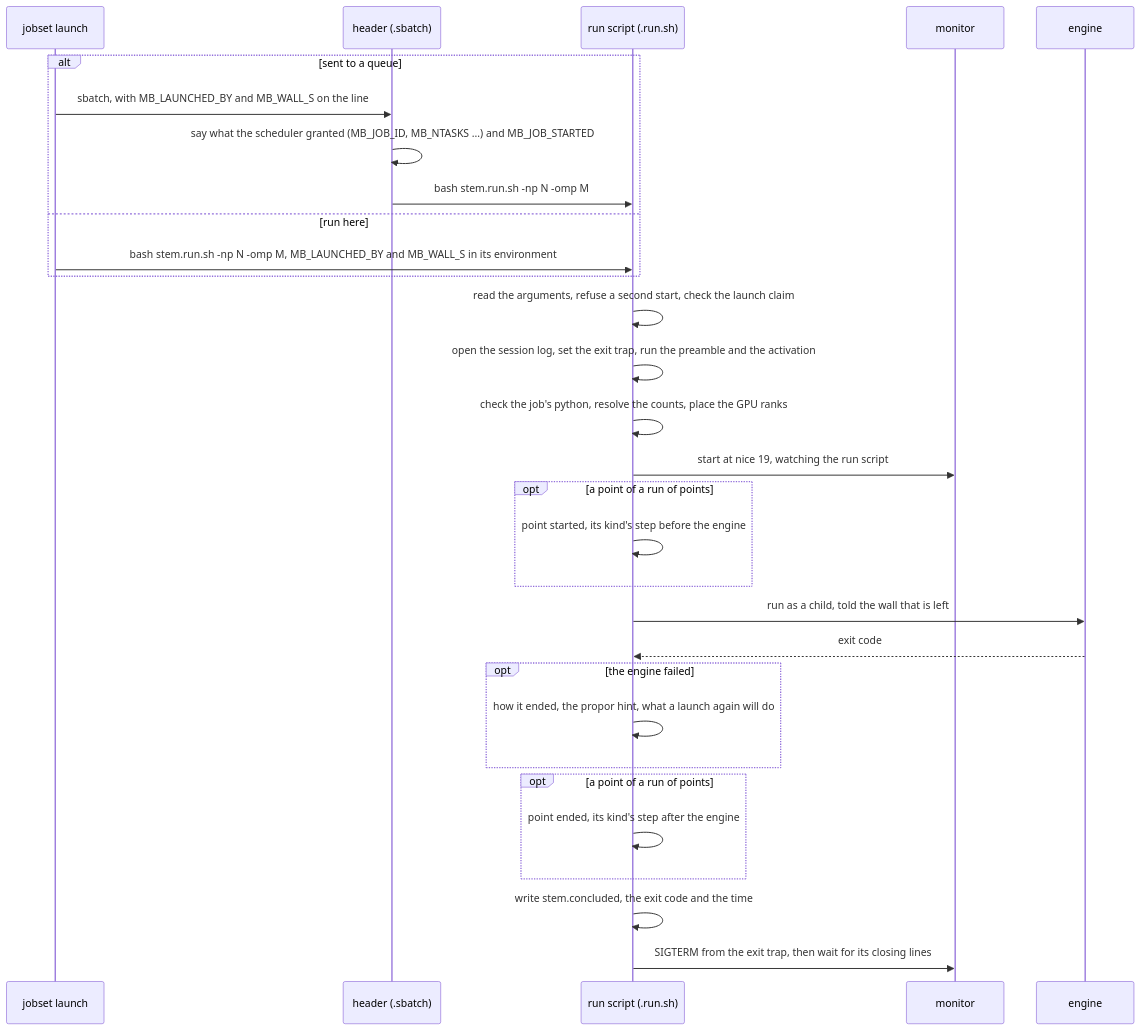
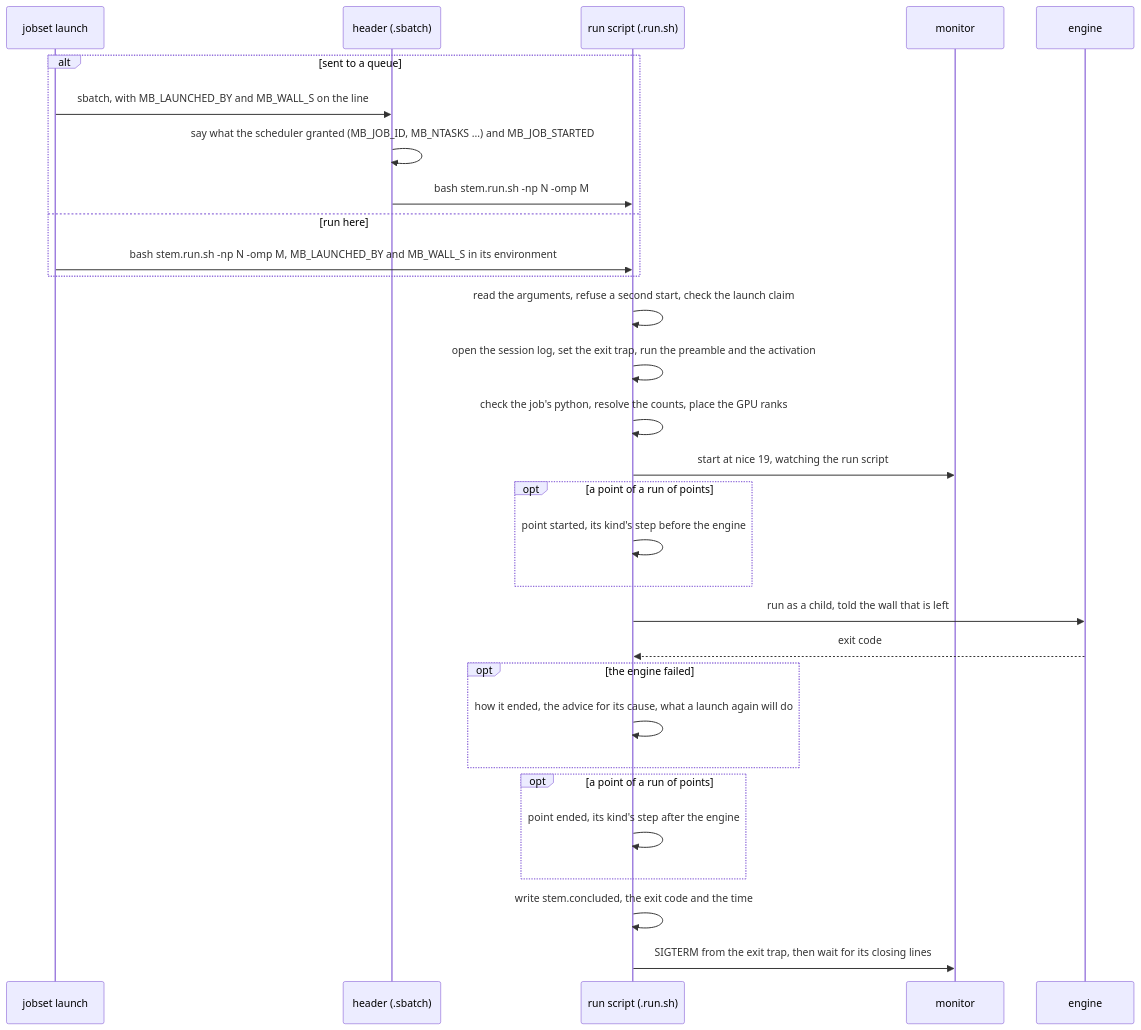
Before and after one commit to Qing-LAB/molbuilder: the first of 5 diagrams in docs/execution/running-a-job.md, drawn with Mermaid. The commit also changed other lines of this file and 45 other files, not shown here.

````diff
--- a/docs/execution/running-a-job.md
+++ b/docs/execution/running-a-job.md
@@ -28,32 +28,32 @@
 ```mermaid
 sequenceDiagram
     participant L as jobset launch
     participant H as header (.sbatch)
     participant R as run script (.run.sh)
     participant M as monitor
     participant E as engine
     alt sent to a queue
         L->>H: sbatch, with MB_LAUNCHED_BY and MB_WALL_S on the line
         H->>H: say what the scheduler granted (MB_JOB_ID, MB_NTASKS ...) and MB_JOB_STARTED
         H->>R: bash stem.run.sh -np N -omp M
     else run here
         L->>R: bash stem.run.sh -np N -omp M, MB_LAUNCHED_BY and MB_WALL_S in its environment
     end
     R->>R: read the arguments, refuse a second start, check the launch claim
     R->>R: open the session log, set the exit trap, run the preamble and the activation
     R->>R: check the job's python, resolve the counts, place the GPU ranks
     R->>M: start at nice 19, watching the run script
     opt a point of a run of points
         R->>R: point started, its kind's step before the engine
     end
     R->>E: run as a child, told the wall that is left
     E-->>R: exit code
     opt the engine failed
-        R->>R: how it ended, the propor hint, what a launch again will do
+        R->>R: how it ended, the advice for its cause, what a launch again will do
     end
     opt a point of a run of points
         R->>R: point ended, its kind's step after the engine
     end
     R->>R: write stem.concluded, the exit code and the time
     R->>M: SIGTERM from the exit trap, then wait for its closing lines
 ```
````
